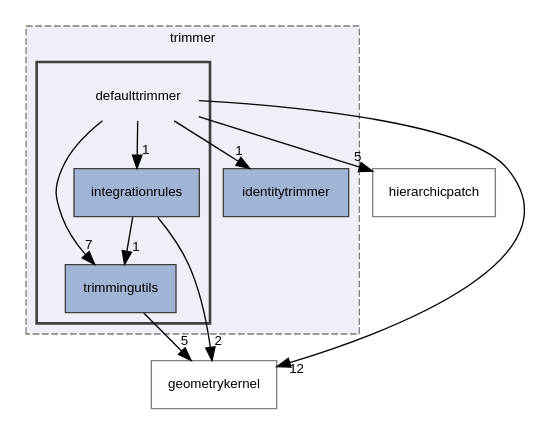
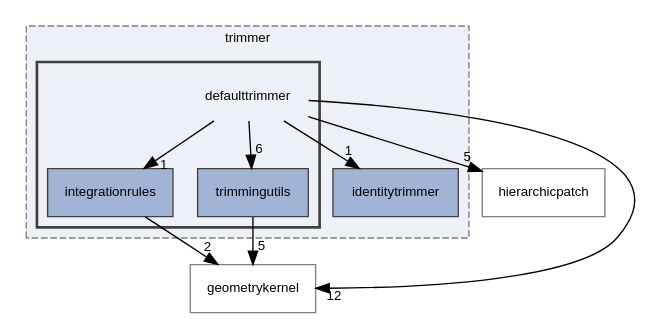
Before and after one commit to rath3t/dune-iga-doc: the diagram in dir_265321845ed2650d675b22a94b62262d_dep.dot, drawn with Graphviz. The commit also changed 1639 other files, not shown here.

```diff
--- a/dir_265321845ed2650d675b22a94b62262d_dep.dot
+++ b/dir_265321845ed2650d675b22a94b62262d_dep.dot
@@ -1,27 +1,26 @@
 digraph "defaulttrimmer"
 {
  // LATEX_PDF_SIZE
   edge [fontname="Helvetica",fontsize="10",labelfontname="Helvetica",labelfontsize="10"];
   node [fontname="Helvetica",fontsize="10",shape=record];
   compound=true
   subgraph clusterdir_7d0c370ab440c4b4f78419bfc8c93eb8 {
     graph [ bgcolor="#edf0f7", pencolor="grey50", style="filled,dashed,", label="trimmer", fontname="Helvetica", fontsize="10", URL="dir_7d0c370ab440c4b4f78419bfc8c93eb8.html"]
   dir_aa3557bd66a6784b3b9e663253e8d0ba [shape=box, label="identitytrimmer", style="filled,", fillcolor="#a2b4d6", color="grey25", URL="dir_aa3557bd66a6784b3b9e663253e8d0ba.html"];
   subgraph clusterdir_265321845ed2650d675b22a94b62262d {
     graph [ bgcolor="#edf0f7", pencolor="grey25", style="filled,bold,", label="", fontname="Helvetica", fontsize="10", URL="dir_265321845ed2650d675b22a94b62262d.html"]
     dir_265321845ed2650d675b22a94b62262d [shape=plaintext, label="defaulttrimmer"];
   dir_7ed5cc8732fbacc6a192622dcae82fb8 [shape=box, label="integrationrules", style="filled,", fillcolor="#a2b4d6", color="grey25", URL="dir_7ed5cc8732fbacc6a192622dcae82fb8.html"];
   dir_75403dd546d989c4e56d84af3932dae7 [shape=box, label="trimmingutils", style="filled,", fillcolor="#a2b4d6", color="grey25", URL="dir_75403dd546d989c4e56d84af3932dae7.html"];
   }
   }
   dir_12fc9e68aad46ae2d80ba50ef1c96d76 [shape=box, label="hierarchicpatch", style="", fillcolor="#edf0f7", color="grey50", URL="dir_12fc9e68aad46ae2d80ba50ef1c96d76.html"];
   dir_98571e7345f7327fea7723ec1a12d870 [shape=box, label="geometrykernel", style="", fillcolor="#edf0f7", color="grey50", URL="dir_98571e7345f7327fea7723ec1a12d870.html"];
   dir_265321845ed2650d675b22a94b62262d->dir_12fc9e68aad46ae2d80ba50ef1c96d76 [headlabel="5", labeldistance=1.5 headhref="dir_000001_000007.html"];
-  dir_265321845ed2650d675b22a94b62262d->dir_75403dd546d989c4e56d84af3932dae7 [headlabel="7", labeldistance=1.5 headhref="dir_000001_000019.html"];
+  dir_265321845ed2650d675b22a94b62262d->dir_75403dd546d989c4e56d84af3932dae7 [headlabel="6", labeldistance=1.5 headhref="dir_000001_000019.html"];
   dir_265321845ed2650d675b22a94b62262d->dir_7ed5cc8732fbacc6a192622dcae82fb8 [headlabel="1", labeldistance=1.5 headhref="dir_000001_000012.html"];
   dir_265321845ed2650d675b22a94b62262d->dir_98571e7345f7327fea7723ec1a12d870 [headlabel="12", labeldistance=1.5 headhref="dir_000001_000006.html"];
   dir_265321845ed2650d675b22a94b62262d->dir_aa3557bd66a6784b3b9e663253e8d0ba [headlabel="1", labeldistance=1.5 headhref="dir_000001_000008.html"];
-  dir_7ed5cc8732fbacc6a192622dcae82fb8->dir_75403dd546d989c4e56d84af3932dae7 [headlabel="1", labeldistance=1.5 headhref="dir_000012_000019.html"];
   dir_7ed5cc8732fbacc6a192622dcae82fb8->dir_98571e7345f7327fea7723ec1a12d870 [headlabel="2", labeldistance=1.5 headhref="dir_000012_000006.html"];
   dir_75403dd546d989c4e56d84af3932dae7->dir_98571e7345f7327fea7723ec1a12d870 [headlabel="5", labeldistance=1.5 headhref="dir_000019_000006.html"];
 }
```
